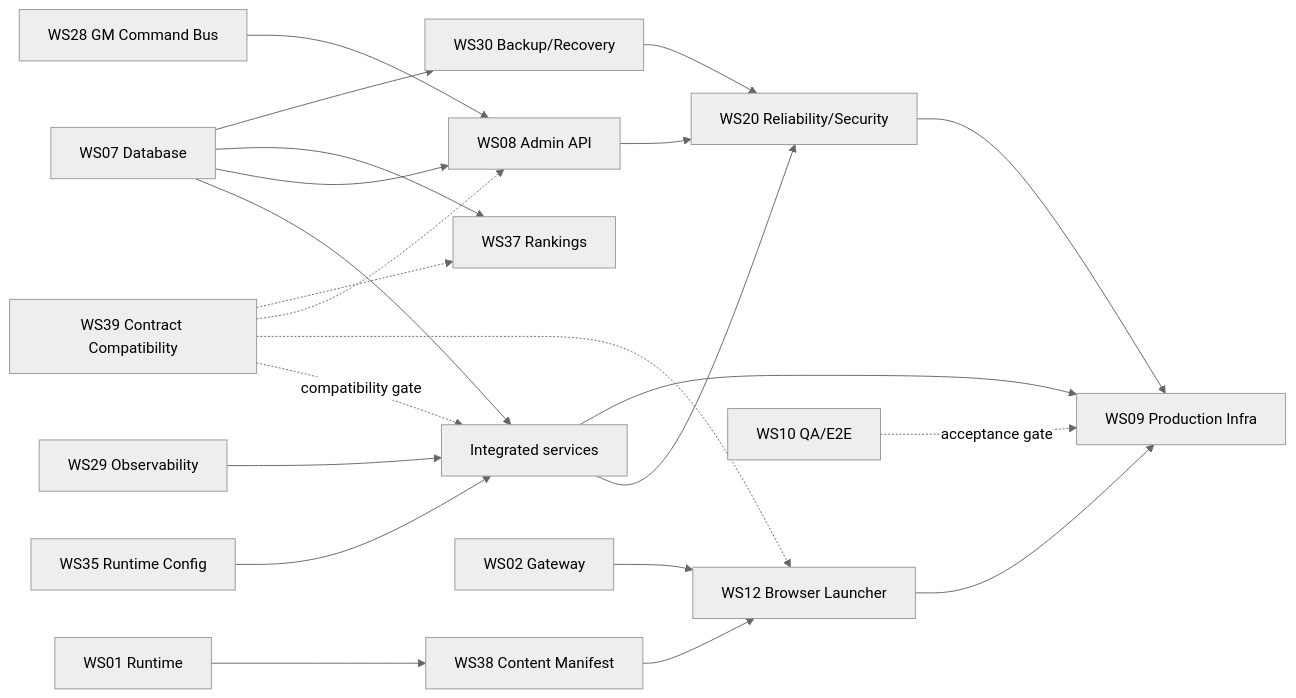
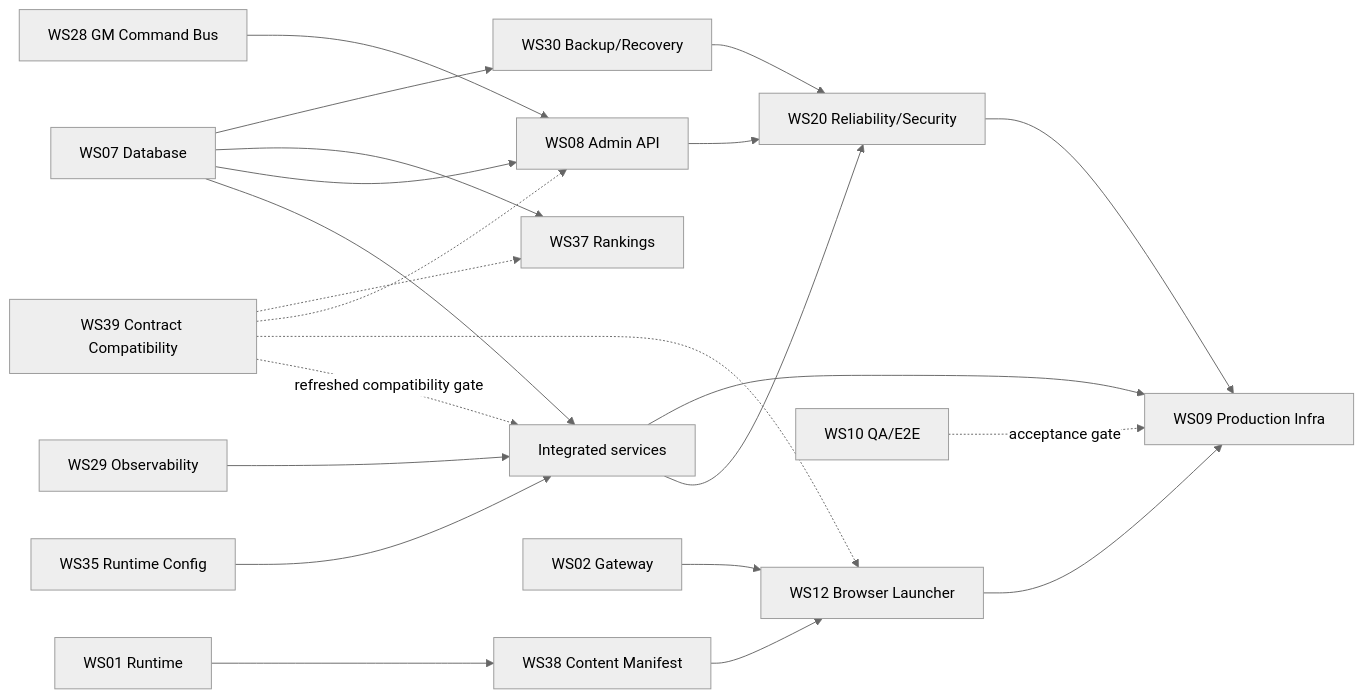
One commit to orhansevinc/oldera-preview changed the second of 2 diagrams in integration-plans/DEPENDENCY_GRAPH.md. Above: the diagram before and after it, drawn with Mermaid (neutral theme). The commit also changed other lines of this file, not shown here.

Commit message:
docs(ws40): refresh dependency graph with completed evidence workstreams

````diff
--- a/integration-plans/DEPENDENCY_GRAPH.md
+++ b/integration-plans/DEPENDENCY_GRAPH.md
@@ -65,27 +75,27 @@
 ```mermaid
 flowchart LR
   WS35[WS35 Runtime Config] --> SERVICES[Integrated services]
   WS29[WS29 Observability] --> SERVICES
   WS07[WS07 Database] --> SERVICES
   WS28[WS28 GM Command Bus] --> WS08[WS08 Admin API]
   WS07 --> WS08
   WS07 --> WS37[WS37 Rankings]
   WS07 --> WS30[WS30 Backup/Recovery]
 
   WS01[WS01 Runtime] --> WS38[WS38 Content Manifest]
   WS38 --> WS12[WS12 Browser Launcher]
   WS02[WS02 Gateway] --> WS12
 
   SERVICES --> WS20[WS20 Reliability/Security]
   WS08 --> WS20
   WS30 --> WS20
   WS12 --> WS09[WS09 Production Infra]
   SERVICES --> WS09
   WS20 --> WS09
 
-  WS39[WS39 Contract Compatibility] -. compatibility gate .-> SERVICES
+  WS39[WS39 Contract Compatibility] -. refreshed compatibility gate .-> SERVICES
   WS39 -.-> WS12
   WS39 -.-> WS08
   WS39 -.-> WS37
   WS10[WS10 QA/E2E] -. acceptance gate .-> WS09
 ```
````
